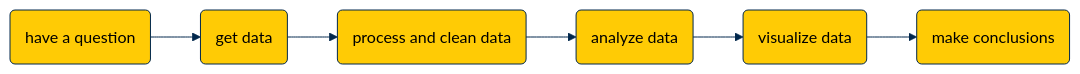
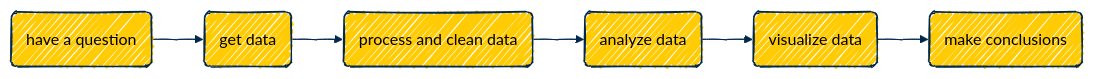
Before and after one commit to agrogan1/Stata: the diagram in do-files/README.md, drawn with Mermaid.

````diff
--- a/do-files/README.md
+++ b/do-files/README.md
@@ -3,25 +3,25 @@
 ```mermaid
 %%{
   init: {
     'theme': 'base',
-    'look': 'handdrawn',
+    'look': 'handDrawn',
     'themeVariables': {
       'primaryColor': '#FFCB05',
       'primaryTextColor': '#000000',
       'primaryBorderColor': '#00274C',
       'lineColor': '#00274C',
       'secondaryColor': '#00274C',
       'secondaryTextColor': '#000000',
       'tertiaryColor': '#F2F2F2',
       'tertiaryBorderColor': '#00274C'
     }
   }
 }%%
 
 flowchart LR
   A(have a question) --> B(get data)
   B --> C(process and clean data) 
   C --> D(analyze data)
   D --> E(visualize data)
   E --> F(make conclusions)
 ```
````
